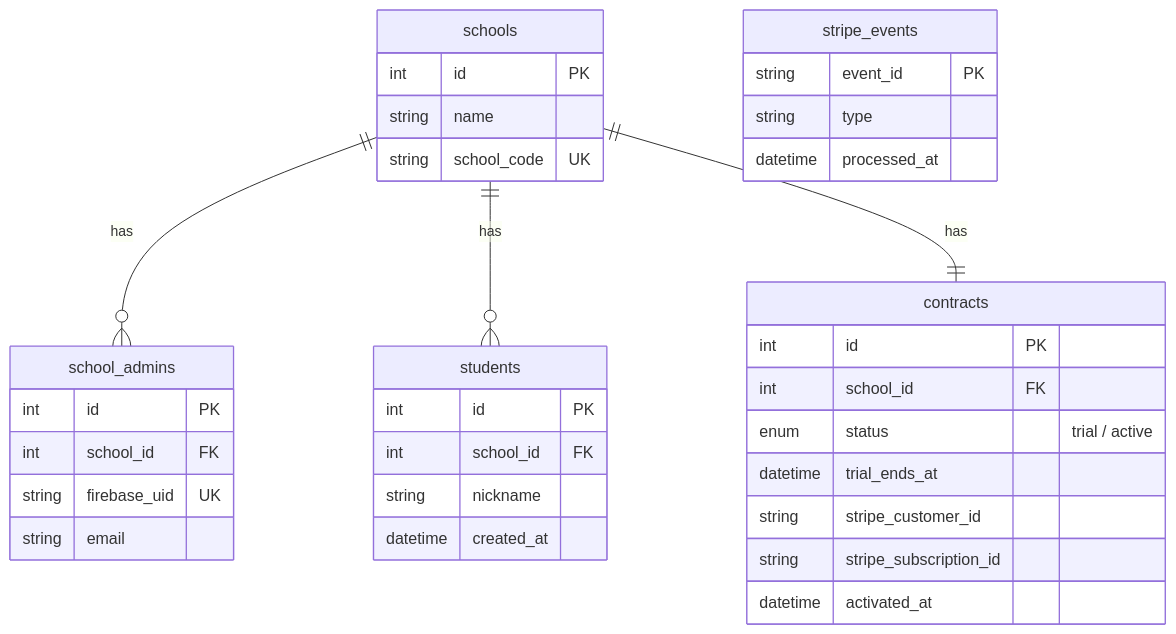
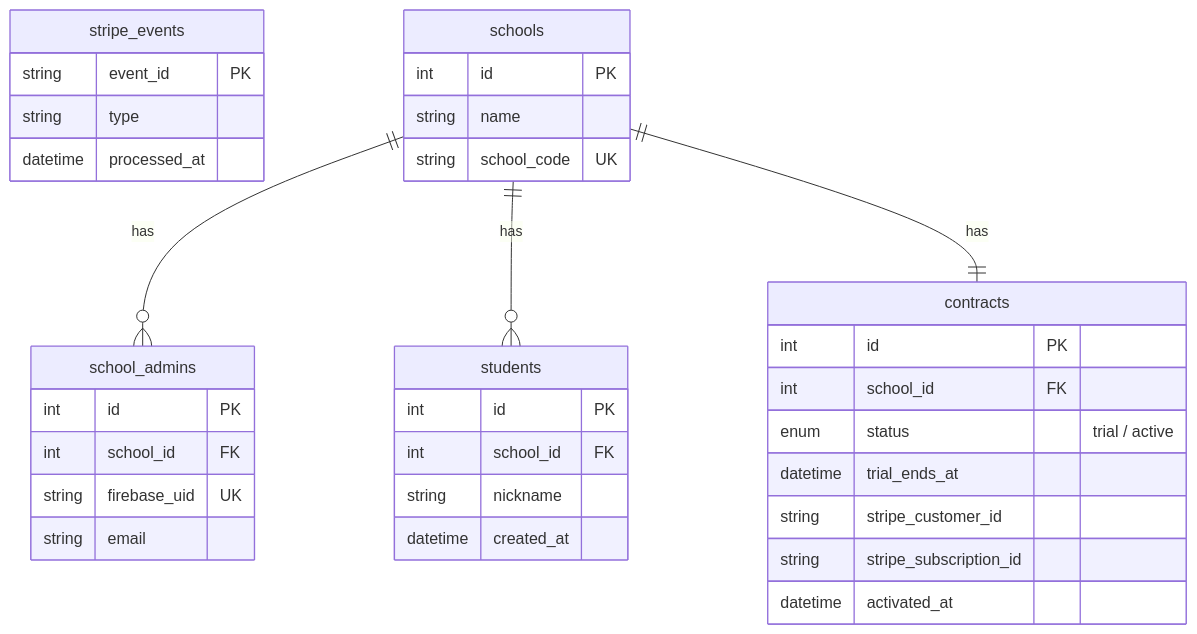
One commit to AkikoFujikawa/shigoto-mikke changed the diagram in docs/plan/diagrams/erd-account.mmd. Above: the diagram before and after it, drawn with Mermaid. The commit also changed other lines of this file and 1 other file, not shown here.

Commit message:
docs: アカウントER図の配置を調整し線の重なりを解消

```diff
--- a/docs/plan/diagrams/erd-account.mmd
+++ b/docs/plan/diagrams/erd-account.mmd
@@ -1,35 +1,35 @@
 erDiagram
+  stripe_events {
+    string event_id PK
+    string type
+    datetime processed_at
+  }
   schools ||--o{ school_admins : "has"
   schools ||--o{ students : "has"
   schools ||--|| contracts : "has"
   schools {
     int id PK
     string name
     string school_code UK
   }
   school_admins {
     int id PK
     int school_id FK
     string firebase_uid UK
     string email
   }
   students {
     int id PK
     int school_id FK
     string nickname
     datetime created_at
   }
   contracts {
     int id PK
     int school_id FK
     enum status "trial / active"
     datetime trial_ends_at
     string stripe_customer_id
     string stripe_subscription_id
     datetime activated_at
   }
-  stripe_events {
-    string event_id PK
-    string type
-    datetime processed_at
-  }
```
